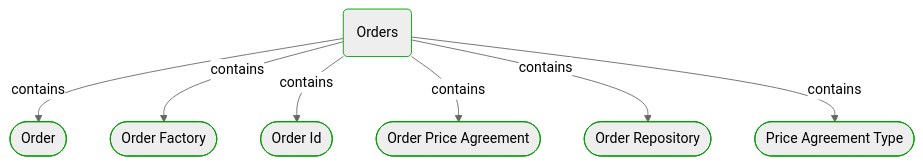
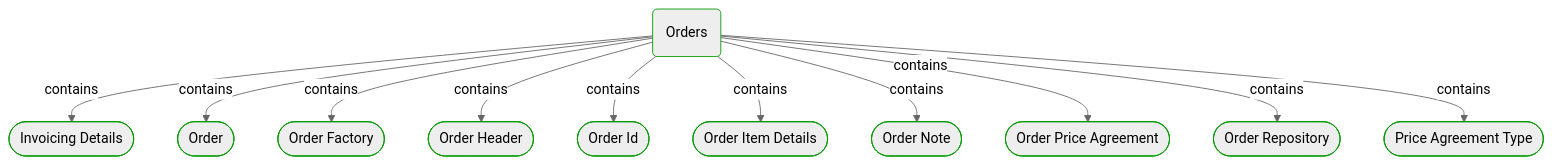
Before and after one commit to itlibrium/DDD-starter-dotnet: the third of 4 diagrams in Docs/P3/MermaidOutput/Domain/Modules/Sales/Orders/Orders-module.md, drawn with Mermaid (neutral theme). The commit also changed other lines of this file and 68 other files, not shown here.

````diff
--- a/Docs/P3/MermaidOutput/Domain/Modules/Sales/Orders/Orders-module.md
+++ b/Docs/P3/MermaidOutput/Domain/Modules/Sales/Orders/Orders-module.md
@@ -59,26 +59,38 @@
 ```mermaid
   flowchart TB
     0(Orders)
     class 0 DomainPerspective
-    1([Order])
+    1([Invoicing Details])
     class 1 DomainPerspective
     0-->|contains|1
-    2([Order Factory])
+    2([Order])
     class 2 DomainPerspective
     0-->|contains|2
-    3([Order Id])
+    3([Order Factory])
     class 3 DomainPerspective
     0-->|contains|3
-    4([Order Price Agreement])
+    4([Order Header])
     class 4 DomainPerspective
     0-->|contains|4
-    5([Order Repository])
+    5([Order Id])
     class 5 DomainPerspective
     0-->|contains|5
-    6([Price Agreement Type])
+    6([Order Item Details])
     class 6 DomainPerspective
     0-->|contains|6
+    7([Order Note])
+    class 7 DomainPerspective
+    0-->|contains|7
+    8([Order Price Agreement])
+    class 8 DomainPerspective
+    0-->|contains|8
+    9([Order Repository])
+    class 9 DomainPerspective
+    0-->|contains|9
+    10([Price Agreement Type])
+    class 10 DomainPerspective
+    0-->|contains|10
     classDef DomainPerspective stroke:#009900
     classDef TechnologyPerspective stroke:#1F41EB
     classDef PeoplePerspective stroke:#FFF014
 ```
````
